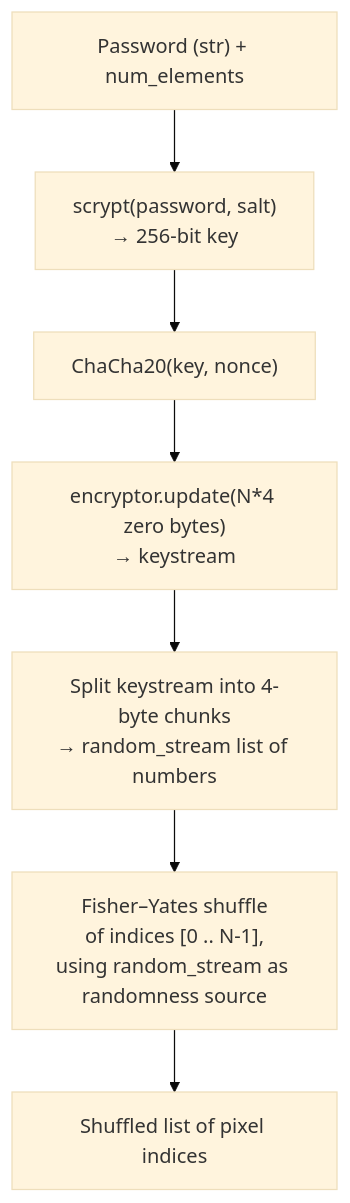
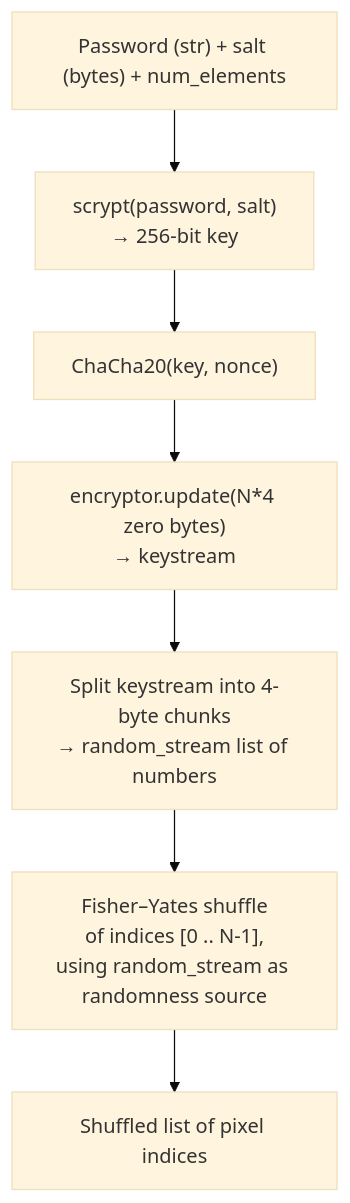
The first of 2 diagrams in docs/features/CSPRNGenerator-1.md (m000gg/camougg), drawn with Mermaid (base theme) before and after one commit. The commit also changed other lines of this file and 9 other files, not shown here.

````diff
--- a/docs/features/CSPRNGenerator-1.md
+++ b/docs/features/CSPRNGenerator-1.md
@@ -43,9 +58,9 @@
 ```mermaid
 flowchart TD
-    A["Password (str) + num_elements"] --> B["scrypt(password, salt)\n→ 256-bit key"]
+    A["Password (str) + salt (bytes) + num_elements"] --> B["scrypt(password, salt)\n→ 256-bit key"]
     B --> C["ChaCha20(key, nonce)"]
     C --> D["encryptor.update(N*4 zero bytes)\n→ keystream"]
     D --> E["Split keystream into 4-byte chunks\n→ random_stream list of numbers"]
     E --> F["Fisher–Yates shuffle\nof indices [0 .. N-1],\nusing random_stream as randomness source"]
     F --> G["Shuffled list of pixel indices"]
 ```
````
